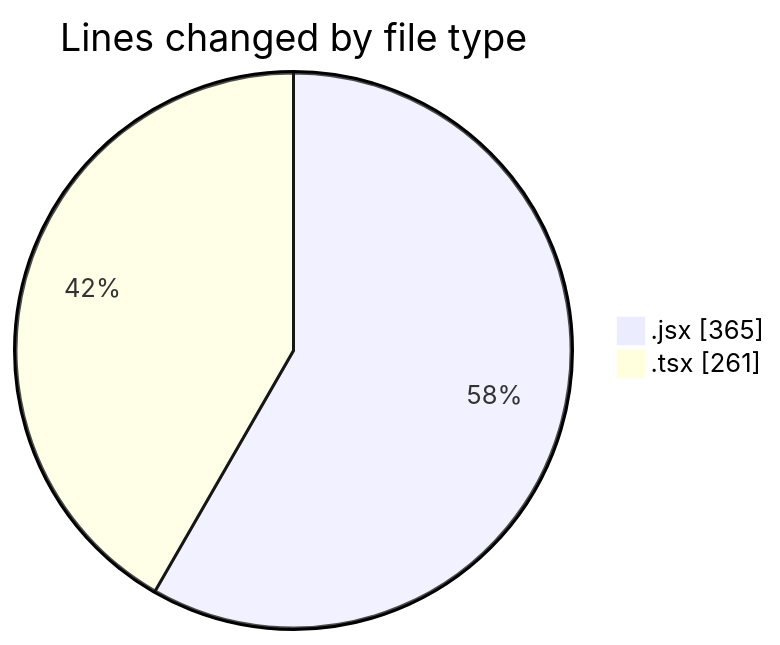
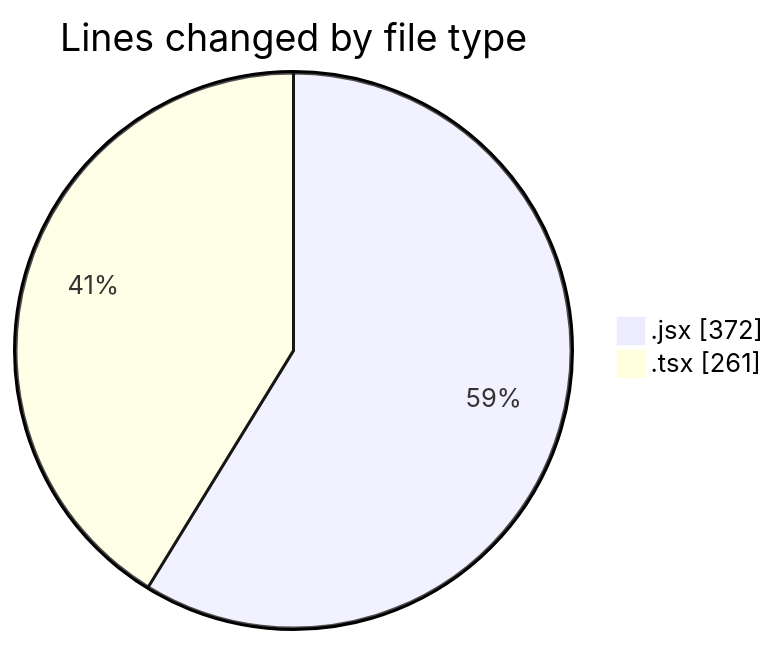
Before and after one commit to momahboobian/code-tracking: the first of 2 diagrams in 2026-02-11/cda/README.md, drawn with Mermaid. The commit also changed other lines of this file and 1 other file, not shown here.

````diff
--- a/2026-02-11/cda/README.md
+++ b/2026-02-11/cda/README.md
@@ -23,6 +23,6 @@
 ```mermaid
 pie showData
 title Lines changed by file type
-".jsx" : 365
+".jsx" : 372
 ".tsx" : 261
 ```
````
